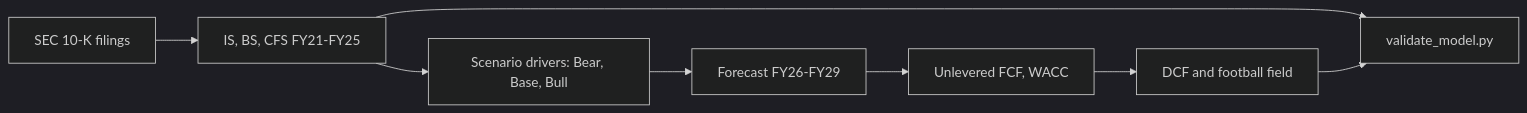
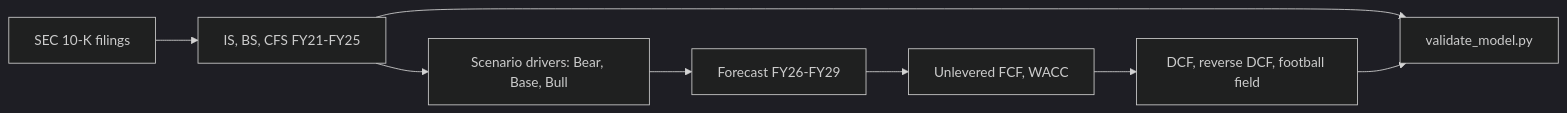
The diagram in README.md (alvenyuka/Financial-Analyst), drawn with Mermaid (dark theme) before and after one commit. The commit also changed other lines of this file and 1 other file, not shown here.

````diff
--- a/README.md
+++ b/README.md
@@ -44,10 +53,10 @@
 ```mermaid
 flowchart LR
     A[SEC 10-K filings] --> B[IS, BS, CFS FY21-FY25]
     B --> C[Scenario drivers: Bear, Base, Bull]
     C --> D[Forecast FY26-FY29]
     D --> E[Unlevered FCF, WACC]
-    E --> F[DCF and football field]
+    E --> F[DCF, reverse DCF, football field]
     B --> G[validate_model.py]
     F --> G
 ```
````
